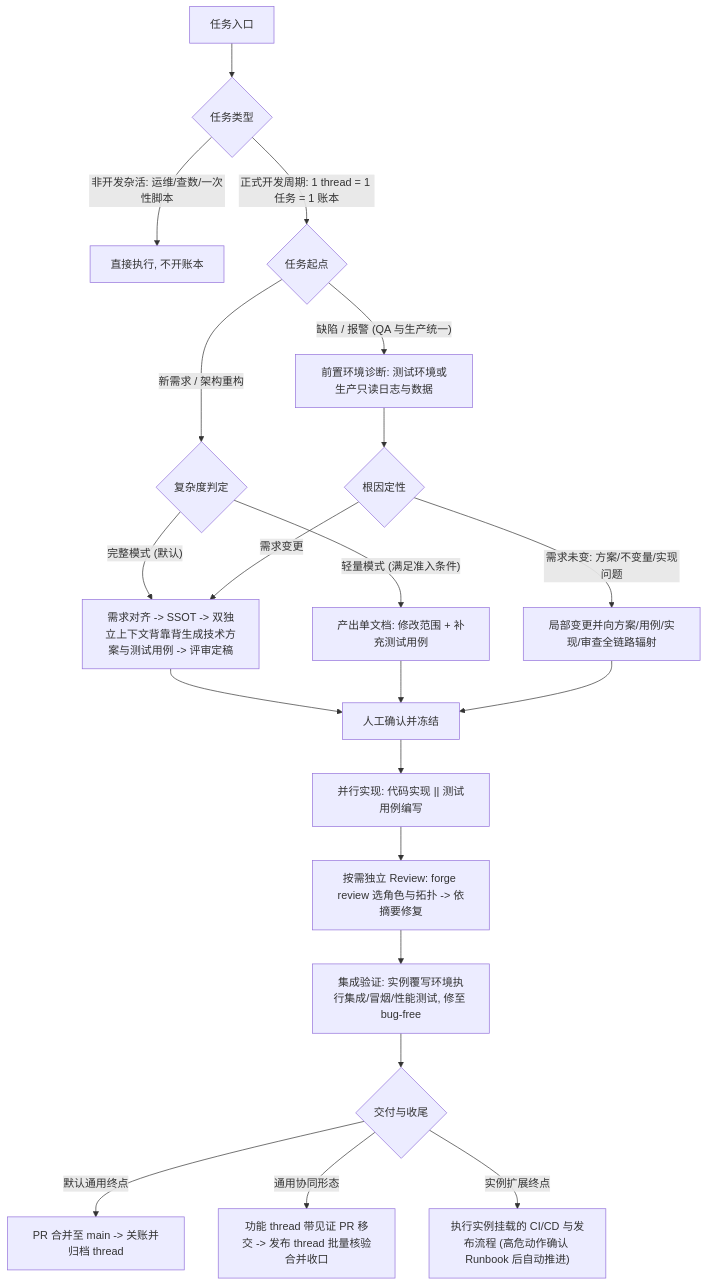
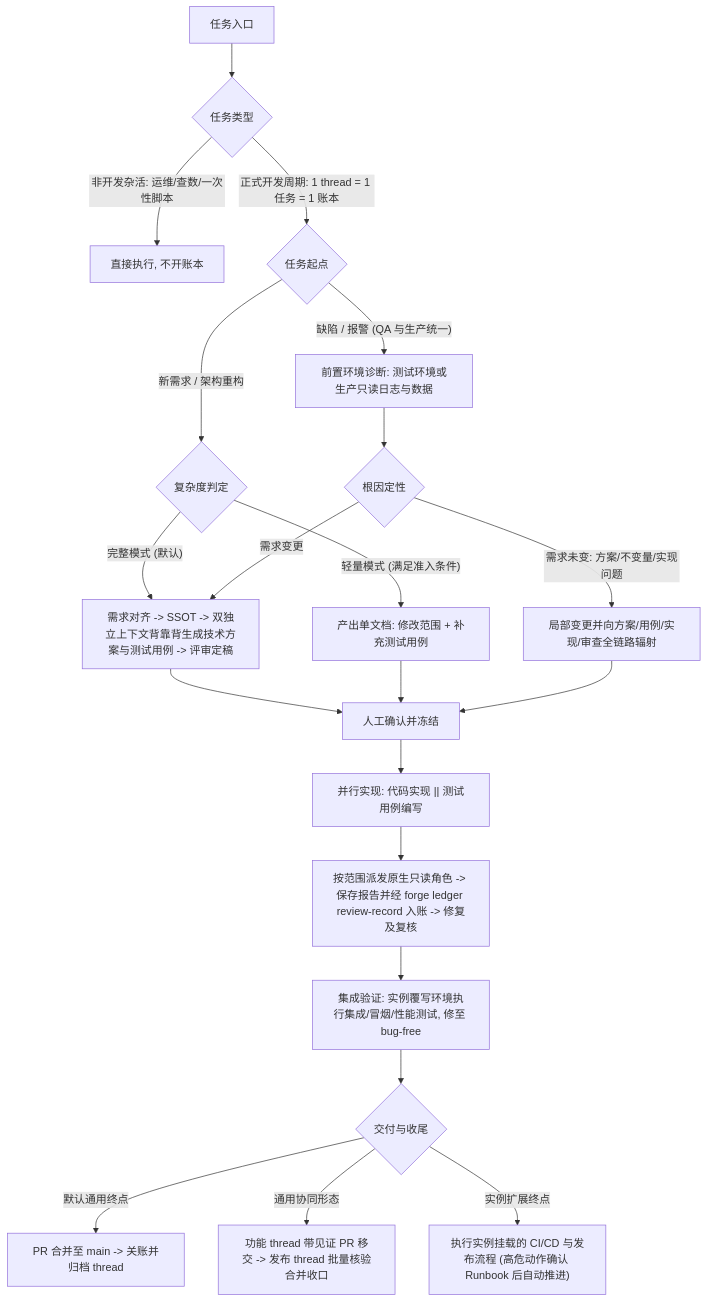
One commit to XuanLee-HEALER/forge-kit changed the diagram in README.md. Above: the diagram before and after it, drawn with Mermaid. The commit also changed other lines of this file and 79 other files, not shown here.

````diff
--- a/README.md
+++ b/README.md
@@ -48,28 +44,28 @@
 ```mermaid
 flowchart TD
     Start["任务入口"] --> Triage{"任务类型"}
     Triage -->|"非开发杂活: 运维/查数/一次性脚本"| Direct["直接执行, 不开账本"]
     Triage -->|"正式开发周期: 1 thread = 1 任务 = 1 账本"| Entry{"任务起点"}
 
     Entry -->|"新需求 / 架构重构"| Mode{"复杂度判定"}
     Mode -->|"完整模式 (默认)"| FullDoc["需求对齐 -> SSOT -> 双独立上下文背靠背生成技术方案与测试用例 -> 评审定稿"]
     Mode -->|"轻量模式 (满足准入条件)"| LiteDoc["产出单文档: 修改范围 + 补充测试用例"]
 
     Entry -->|"缺陷 / 报警 (QA 与生产统一)"| Diag["前置环境诊断: 测试环境或生产只读日志与数据"]
     Diag --> BugType{"根因定性"}
     BugType -->|"需求变更"| FullDoc
     BugType -->|"需求未变: 方案/不变量/实现问题"| LocalFix["局部变更并向方案/用例/实现/审查全链路辐射"]
 
     FullDoc --> Gate["人工确认并冻结"]
     LiteDoc --> Gate
     LocalFix --> Gate
 
     Gate --> Impl["并行实现: 代码实现 || 测试用例编写"]
-    Impl --> Review["按需独立 Review: forge review 选角色与拓扑 -> 依摘要修复"]
+    Impl --> Review["按范围派发原生只读角色 -> 保存报告并经 forge ledger review-record 入账 -> 修复及复核"]
     Review --> Verify["集成验证: 实例覆写环境执行集成/冒烟/性能测试, 修至 bug-free"]
     Verify --> Ship{"交付与收尾"}
 
     Ship -->|"默认通用终点"| MainMerge["PR 合并至 main -> 关账并归档 thread"]
     Ship -->|"通用协同形态"| Handoff["功能 thread 带见证 PR 移交 -> 发布 thread 批量核验合并收口"]
     Ship -->|"实例扩展终点"| InstanceCD["执行实例挂载的 CI/CD 与发布流程 (高危动作确认 Runbook 后自动推进)"]
 ```
````
